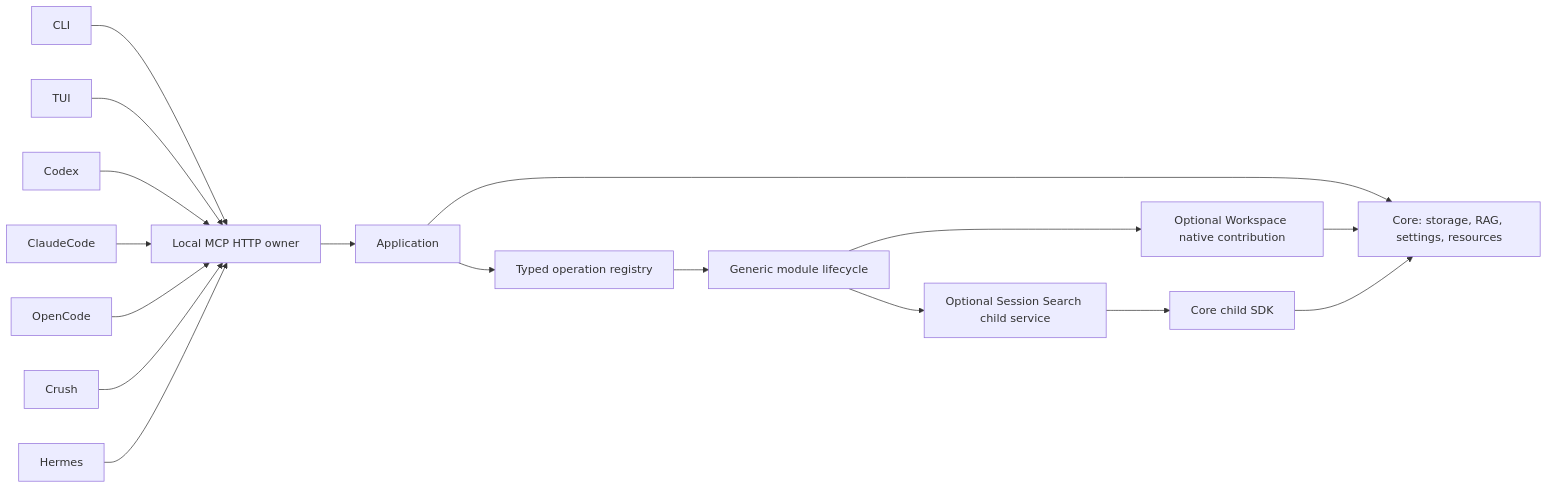
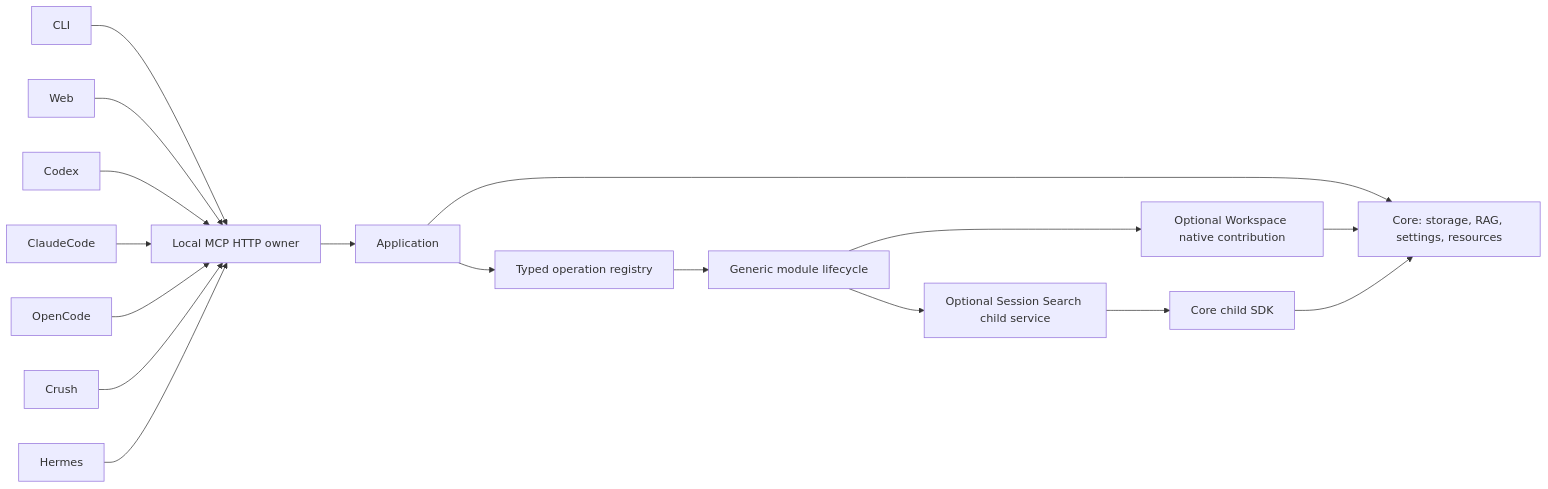
The diagram in docs/architecture.md (pikiby/contextopus-core), drawn with Mermaid before and after one commit. The commit also changed other lines of this file and 57 other files, not shown here.

````diff
--- a/docs/architecture.md
+++ b/docs/architecture.md
@@ -3,19 +3,19 @@
 ```mermaid
 flowchart LR
     CLI --> Service
-    TUI --> Service
+    Web --> Service
     Codex --> Service
     ClaudeCode --> Service
     OpenCode --> Service
     Crush --> Service
     Hermes --> Service
     Service[Local MCP HTTP owner] --> Application
     Application --> Core[Core: storage, RAG, settings, resources]
     Application --> Registry[Typed operation registry]
     Registry --> Lifecycle[Generic module lifecycle]
     Lifecycle --> Workspace[Optional Workspace native contribution]
     Lifecycle --> SessionSearch[Optional Session Search child service]
     Workspace --> Core
     SessionSearch --> SDK[Core child SDK]
     SDK --> Core
 ```
````
